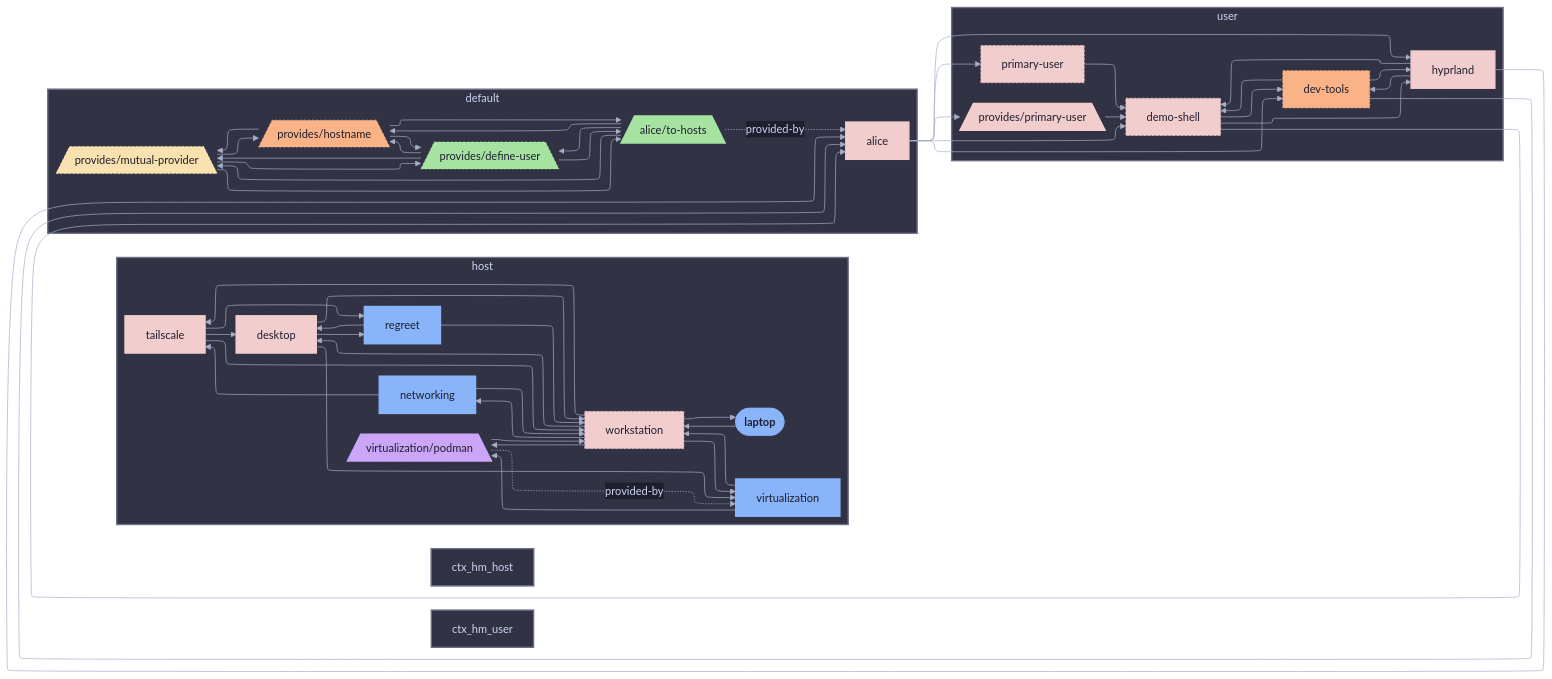
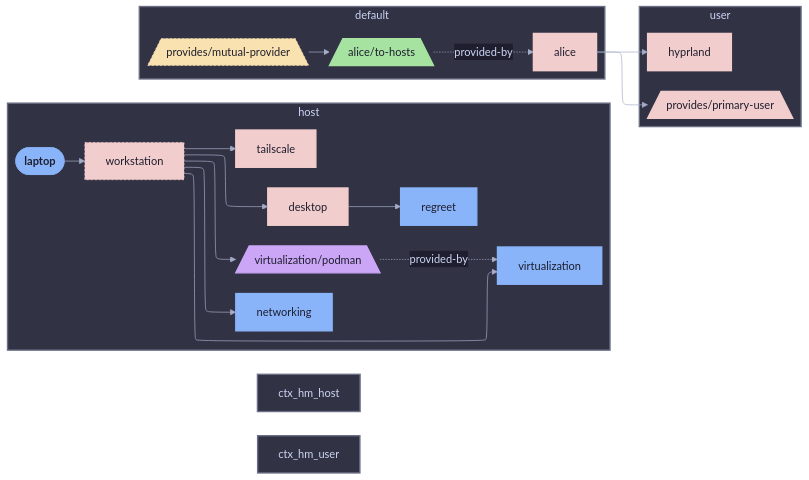
Before and after one commit to sini/den: the diagram in templates/diag-fx-demo/diagrams/laptop-class-nixos.md, drawn with Mermaid. The commit also changed 849 other files, not shown here.

Commit message:
chore: update fx diagrams

```diff
--- a/templates/diag-fx-demo/diagrams/laptop-class-nixos.md
+++ b/templates/diag-fx-demo/diagrams/laptop-class-nixos.md
@@ -15,22 +15,9 @@
   tailscale["tailscale"]:::tailscale_c
   virtualization["virtualization"]:::virtualization_c
   workstation["workstation"]:::workstation_c
-  desktop --> workstation
   desktop --> regreet
-  desktop --> virtualization
   laptop --> workstation
-  networking --> workstation
-  regreet --> workstation
-  tailscale --> workstation
-  virtualization --> workstation
-  virtualization__podman --> workstation
-  networking --> tailscale
-  regreet --> desktop
-  tailscale --> desktop
-  tailscale --> regreet
-  virtualization --> virtualization__podman
   workstation --> desktop
-  workstation --> laptop
   workstation --> networking
   workstation --> virtualization__podman
   workstation --> tailscale
@@ -38,63 +25,28 @@
   virtualization__podman -.->|provided-by| virtualization
   end
   subgraph ctx_default["default"]
-  den__provides__define_user[/"provides/define-user"\]:::den__provides__define_user_c
-  den__provides__hostname[/"provides/hostname"\]:::den__provides__hostname_c
   den__provides__mutual_provider[/"provides/mutual-provider"\]:::den__provides__mutual_provider_c
   alice__to_hosts[/"alice/to-hosts"\]:::alice__to_hosts_c
-  alice__to_hosts --> den__provides__define_user
-  alice__to_hosts --> den__provides__hostname
-  alice__to_hosts --> den__provides__mutual_provider
-  den__provides__mutual_provider --> den__provides__define_user
-  den__provides__mutual_provider --> den__provides__hostname
   den__provides__mutual_provider --> alice__to_hosts
-  den__provides__hostname --> den__provides__define_user
-  den__provides__define_user --> den__provides__hostname
-  den__provides__define_user --> den__provides__mutual_provider
-  den__provides__hostname --> den__provides__mutual_provider
-  den__provides__define_user --> alice__to_hosts
-  den__provides__hostname --> alice__to_hosts
   alice__to_hosts -.->|provided-by| alice
   end
   subgraph ctx_user["user"]
   alice["alice"]:::alice_c
-  demo_shell["demo-shell"]:::demo_shell_c
-  dev_tools["dev-tools"]:::dev_tools_c
   hyprland["hyprland"]:::hyprland_c
-  primary_user["primary-user"]:::primary_user_c
   den__provides__primary_user[/"provides/primary-user"\]:::den__provides__primary_user_c
-  alice --> demo_shell
-  alice --> dev_tools
   alice --> hyprland
-  alice --> primary_user
   alice --> den__provides__primary_user
-  demo_shell --> hyprland
-  demo_shell --> alice
-  demo_shell --> dev_tools
-  den__provides__primary_user --> demo_shell
-  dev_tools --> alice
-  dev_tools --> demo_shell
-  dev_tools --> hyprland
-  hyprland --> dev_tools
-  hyprland --> alice
-  hyprland --> demo_shell
-  primary_user --> demo_shell
   end
 
 
   classDef root fill:#89b4fa,stroke:#89b4fa,color:#1e1e2e,font-weight:bold
   classDef alice_c fill:#f2cdcd,stroke:#f2cdcd,color:#1e1e2e,stroke-width:2px
-  classDef den__provides__define_user_c fill:#a6e3a1,stroke:#a6e3a1,color:#1e1e2e,stroke-dasharray: 3 3,stroke-width:1px
-  classDef demo_shell_c fill:#f2cdcd,stroke:#f2cdcd,color:#1e1e2e,stroke-dasharray: 3 3,stroke-width:1px
   classDef desktop_c fill:#f2cdcd,stroke:#f2cdcd,color:#1e1e2e,stroke-width:2px
-  classDef dev_tools_c fill:#fab387,stroke:#fab387,color:#1e1e2e,stroke-dasharray: 3 3,stroke-width:1px
-  classDef den__provides__hostname_c fill:#fab387,stroke:#fab387,color:#1e1e2e,stroke-dasharray: 3 3,stroke-width:1px
   classDef hyprland_c fill:#f2cdcd,stroke:#f2cdcd,color:#1e1e2e,stroke-width:2px
   classDef laptop_c fill:#89b4fa,stroke:#89b4fa,color:#1e1e2e,stroke-width:2px
   classDef den__provides__mutual_provider_c fill:#f9e2af,stroke:#f9e2af,color:#1e1e2e,stroke-dasharray: 3 3,stroke-width:1px
   classDef networking_c fill:#89b4fa,stroke:#89b4fa,color:#1e1e2e,stroke-width:2px
   classDef virtualization__podman_c fill:#cba6f7,stroke:#cba6f7,color:#1e1e2e,stroke-width:2px
-  classDef primary_user_c fill:#f2cdcd,stroke:#f2cdcd,color:#1e1e2e,stroke-dasharray: 3 3,stroke-width:1px
   classDef den__provides__primary_user_c fill:#f2cdcd,stroke:#f2cdcd,color:#1e1e2e,stroke-width:2px
   classDef regreet_c fill:#89b4fa,stroke:#89b4fa,color:#1e1e2e,stroke-width:2px
   classDef tailscale_c fill:#f2cdcd,stroke:#f2cdcd,color:#1e1e2e,stroke-width:2px
```
